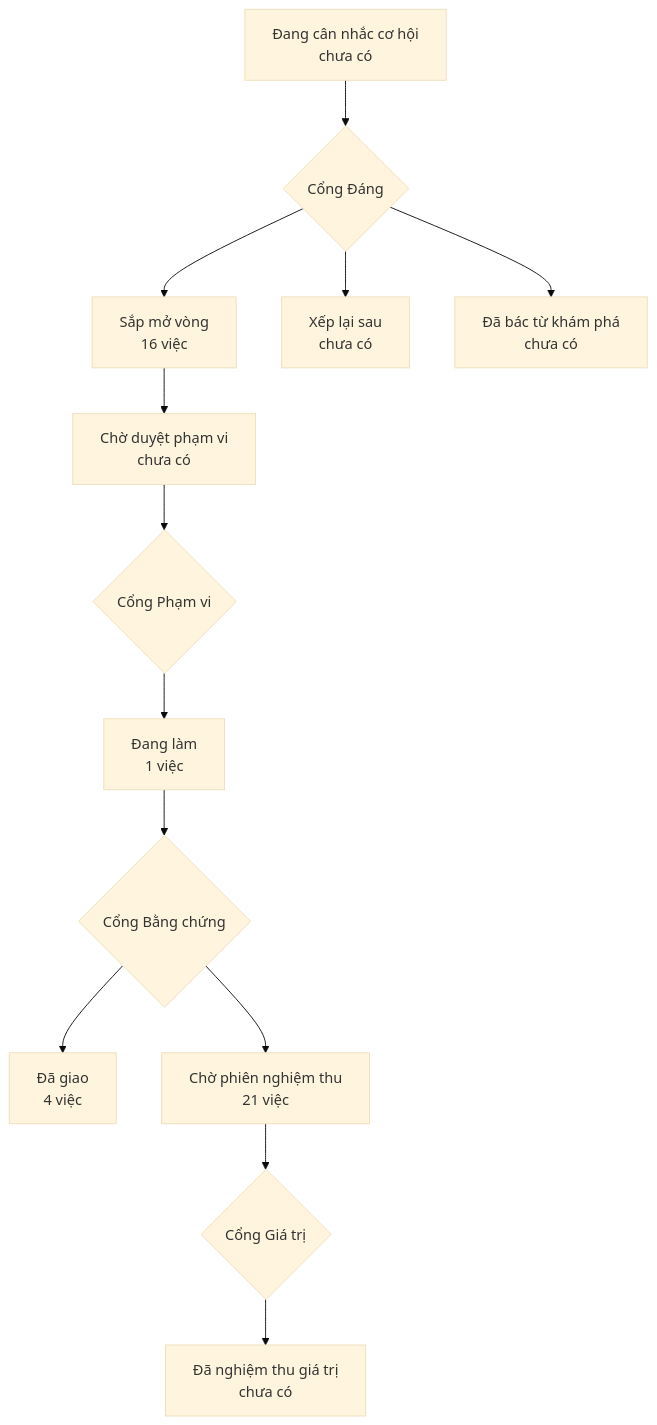
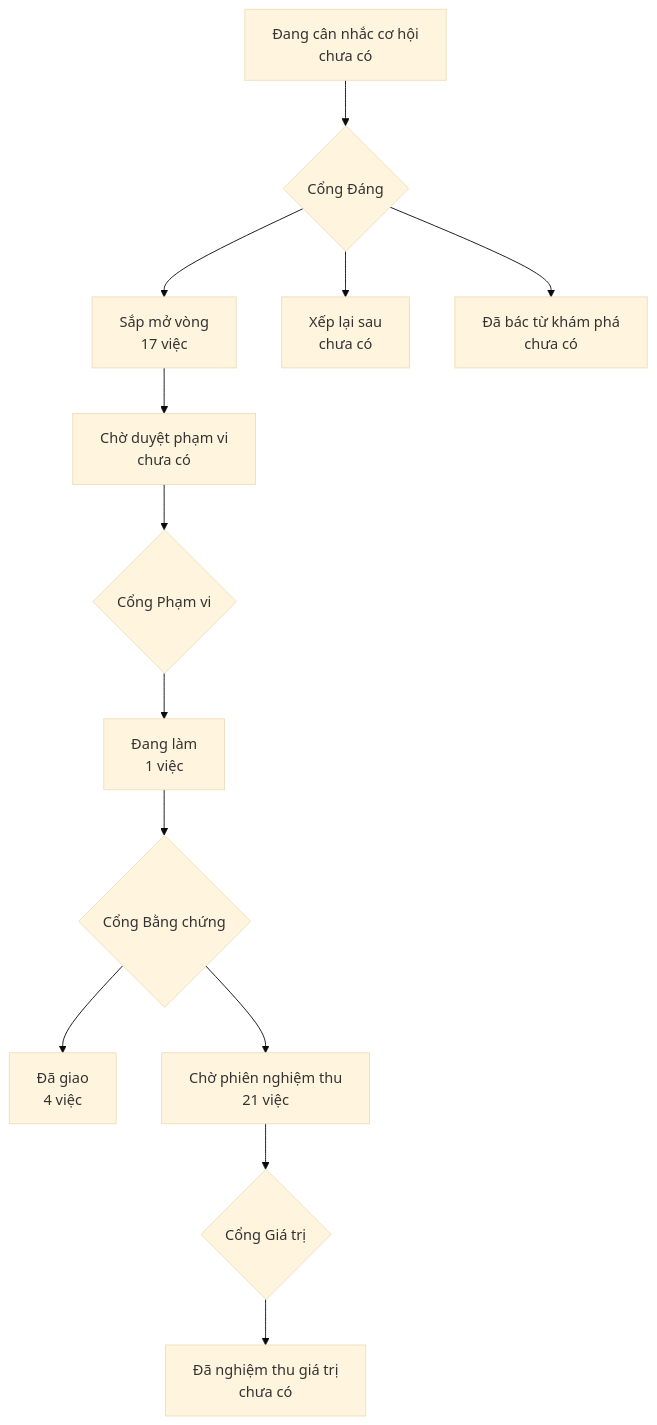
Before and after one commit to phanlemanh/onehub-quy-hang: the diagram in PRODUCT-MAP.md, drawn with Mermaid (base theme). The commit also changed other lines of this file and 1 other file, not shown here.

Commit message:
chore(product-map): vẽ lại sau khi gộp main

````diff
--- a/PRODUCT-MAP.md
+++ b/PRODUCT-MAP.md
@@ -7,12 +7,12 @@
 ```mermaid
 flowchart TD
   A["Đang cân nhắc cơ hội<br/>chưa có"] --> GD{"Cổng Đáng"}
-  GD --> B["Sắp mở vòng<br/>16 việc"]
+  GD --> B["Sắp mở vòng<br/>17 việc"]
   GD --> XL["Xếp lại sau<br/>chưa có"]
   GD --> DB["Đã bác từ khám phá<br/>chưa có"]
   B --> CD["Chờ duyệt phạm vi<br/>chưa có"] --> GP{"Cổng Phạm vi"}
   GP --> DL["Đang làm<br/>1 việc"] --> GB{"Cổng Bằng chứng"}
   GB --> DG["Đã giao<br/>4 việc"]
   GB --> CN["Chờ phiên nghiệm thu<br/>21 việc"] --> GG{"Cổng Giá trị"}
   GG --> NT["Đã nghiệm thu giá trị<br/>chưa có"]
 ```
````
